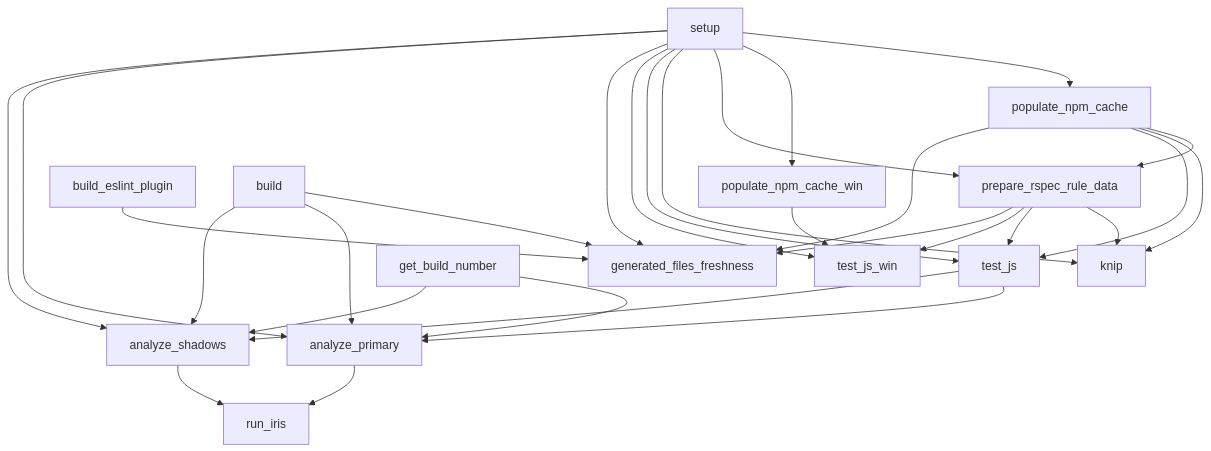
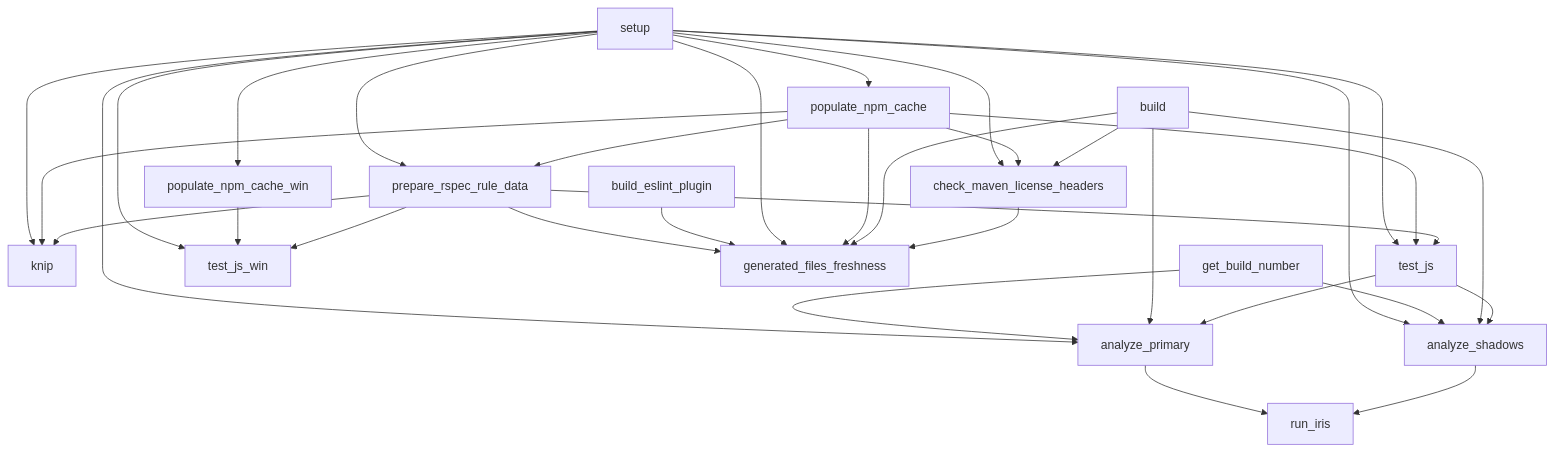
Before and after one commit to SonarSource/SonarJS: the third of 4 diagrams in docs/CI.md, drawn with Mermaid. The commit also changed other lines of this file and 1 other file, not shown here.

Commit message:
Run-Maven-header-check-once

````diff
--- a/docs/CI.md
+++ b/docs/CI.md
@@ -182,38 +184,42 @@
 ```mermaid
 flowchart TD
   setup["setup"] --> populate_npm_cache["populate_npm_cache"]
   setup --> populate_npm_cache_win["populate_npm_cache_win"]
   setup --> prepare_rspec_rule_data["prepare_rspec_rule_data"]
   populate_npm_cache --> prepare_rspec_rule_data
 
   setup --> knip["knip"]
   populate_npm_cache --> knip
   prepare_rspec_rule_data --> knip
 
   setup --> test_js["test_js"]
   populate_npm_cache --> test_js
   prepare_rspec_rule_data --> test_js
 
   setup --> test_js_win["test_js_win"]
   populate_npm_cache_win --> test_js_win
   prepare_rspec_rule_data --> test_js_win
 
   prepare_rspec_rule_data --> generated_files_freshness
   build_eslint_plugin["build_eslint_plugin"] --> generated_files_freshness["generated_files_freshness"]
   setup --> generated_files_freshness
   populate_npm_cache --> generated_files_freshness
   build --> generated_files_freshness
+  setup --> check_maven_license_headers["check_maven_license_headers"]
+  populate_npm_cache --> check_maven_license_headers
+  build --> check_maven_license_headers
+  check_maven_license_headers --> generated_files_freshness
 
   setup --> analyze_primary["analyze_primary"]
   get_build_number["get_build_number"] --> analyze_primary
   build["build"] --> analyze_primary
   test_js --> analyze_primary
 
   setup --> analyze_shadows["analyze_shadows"]
   get_build_number --> analyze_shadows
   build --> analyze_shadows
   test_js --> analyze_shadows
 
   analyze_primary --> run_iris["run_iris"]
   analyze_shadows --> run_iris
 ```
````
